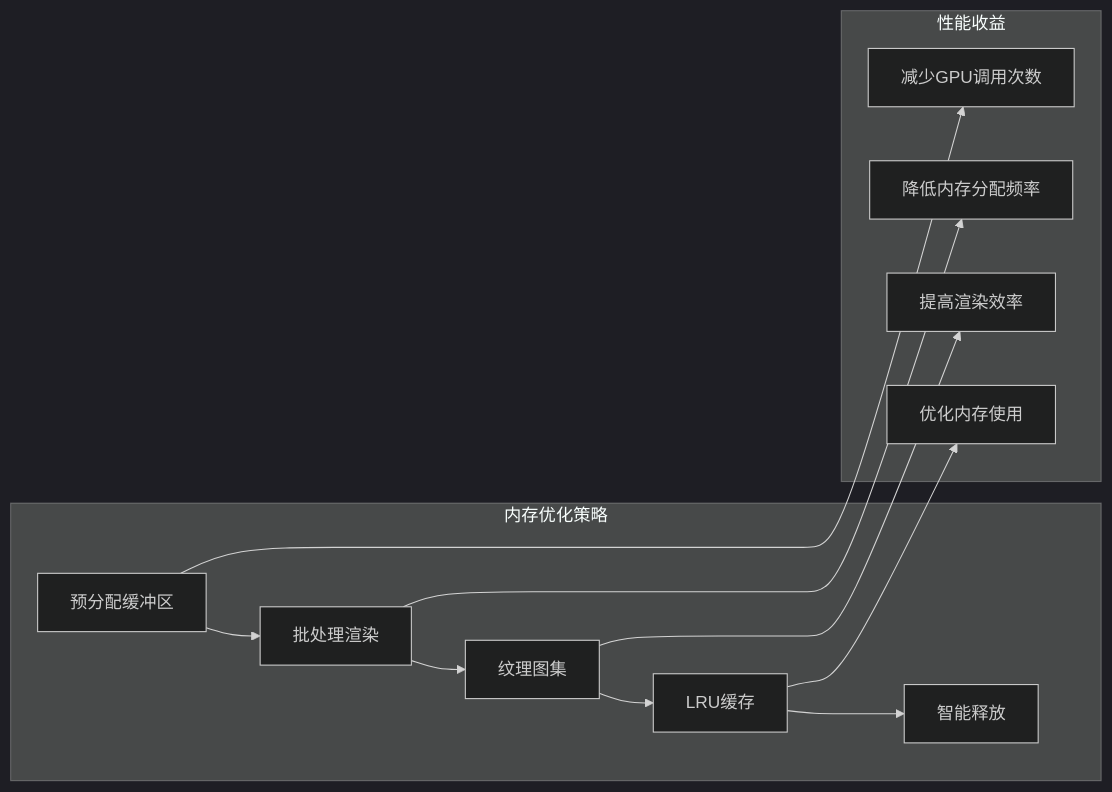
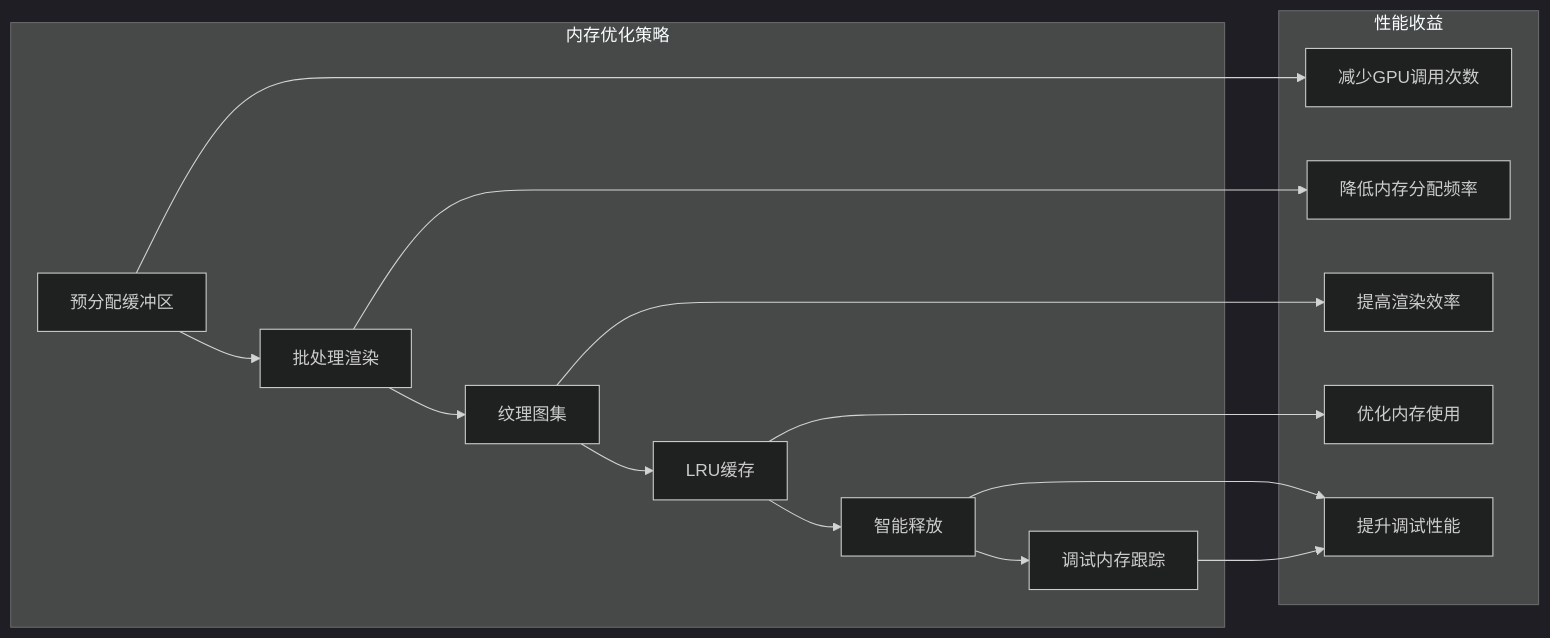
One commit to itszzl-sudo/iris changed the ninth of 9 diagrams in .qoder/repowiki/zh/content/技术架构详解/WebGPU渲染引擎/GPU渲染器集成综合分析.md. Above: the diagram before and after it, drawn with Mermaid (dark theme). The commit also changed other lines of this file and 57 other files, not shown here.

````diff
--- a/.qoder/repowiki/zh/content/技术架构详解/WebGPU渲染引擎/GPU渲染器集成综合分析.md
+++ b/.qoder/repowiki/zh/content/技术架构详解/WebGPU渲染引擎/GPU渲染器集成综合分析.md
@@ -391,19 +473,23 @@
 ```mermaid
 flowchart LR
 subgraph "内存优化策略"
 A[预分配缓冲区] --> B[批处理渲染]
 B --> C[纹理图集]
 C --> D[LRU缓存]
 D --> E[智能释放]
+E --> F[调试内存跟踪]
 end
 subgraph "性能收益"
-F[减少GPU调用次数]
-G[降低内存分配频率]
-H[提高渲染效率]
-I[优化内存使用]
+G[减少GPU调用次数]
+H[降低内存分配频率]
+I[提高渲染效率]
+J[优化内存使用]
+K[提升调试性能]
 end
-A --> F
-B --> G
-C --> H
-D --> I
+A --> G
+B --> H
+C --> I
+D --> J
+E --> K
+F --> K
 ```
````
